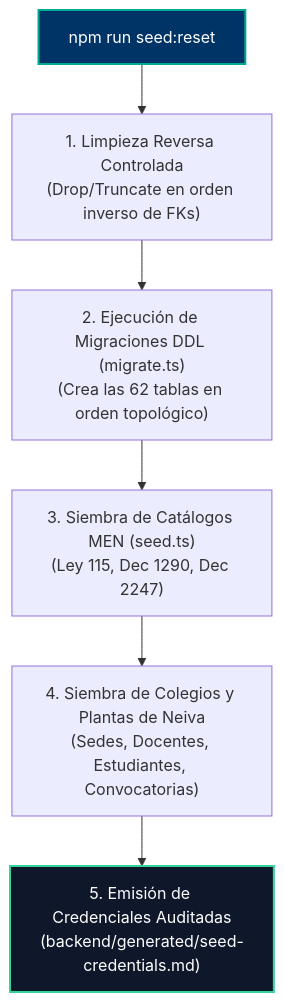
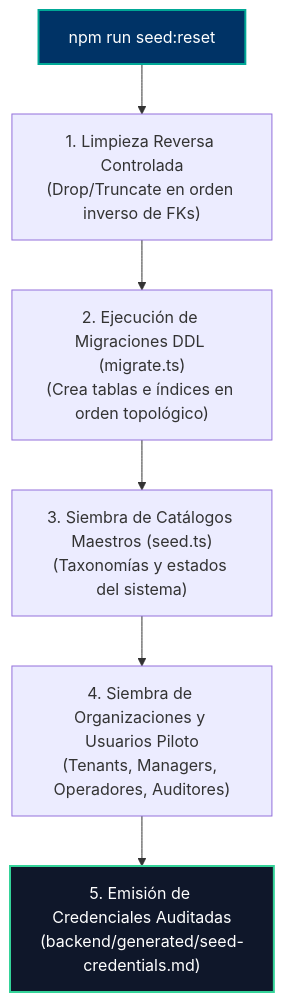
Before and after one commit to DanExl24/multiagent-sdlc-starter: the diagram in multiAgents/06_devops_release/subroles/02_db_seeder_lifecycle.md, drawn with Mermaid. The commit also changed other lines of this file and 35 other files, not shown here.

````diff
--- a/multiAgents/06_devops_release/subroles/02_db_seeder_lifecycle.md
+++ b/multiAgents/06_devops_release/subroles/02_db_seeder_lifecycle.md
@@ -26,11 +26,11 @@
 ```mermaid
 graph TD
     A["npm run seed:reset"] --> B["1. Limpieza Reversa Controlada<br/>(Drop/Truncate en orden inverso de FKs)"]
-    B --> C["2. Ejecución de Migraciones DDL (migrate.ts)<br/>(Crea las 62 tablas en orden topológico)"]
-    C --> D["3. Siembra de Catálogos MEN (seed.ts)<br/>(Ley 115, Dec 1290, Dec 2247)"]
-    D --> E["4. Siembra de Colegios y Plantas de Neiva<br/>(Sedes, Docentes, Estudiantes, Convocatorias)"]
+    B --> C["2. Ejecución de Migraciones DDL (migrate.ts)<br/>(Crea tablas e índices en orden topológico)"]
+    C --> D["3. Siembra de Catálogos Maestros (seed.ts)<br/>(Taxonomías y estados del sistema)"]
+    D --> E["4. Siembra de Organizaciones y Usuarios Piloto<br/>(Tenants, Managers, Operadores, Auditores)"]
     E --> F["5. Emisión de Credenciales Auditadas<br/>(backend/generated/seed-credentials.md)"]
 
     style A fill:#003366,stroke:#00a896,stroke-width:2px,color:#ffffff
     style F fill:#0f172a,stroke:#34d399,stroke-width:2px,color:#ffffff
 ```
````
